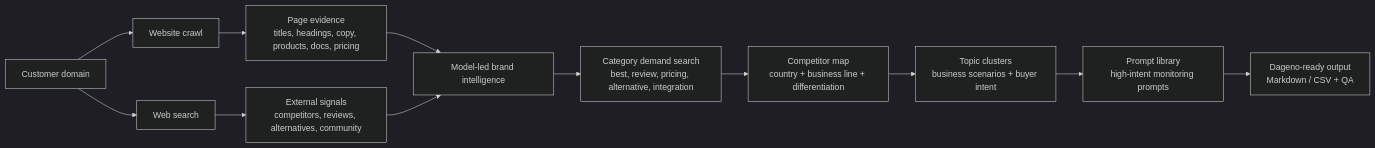
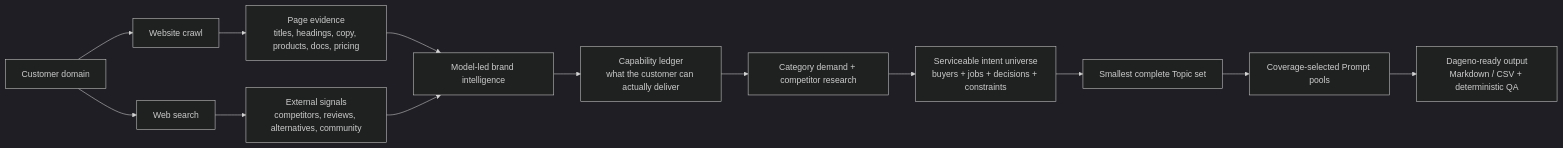
The diagram in README.md (dageno-agents/dageno-online-topic-prompt-generator), drawn with Mermaid (dark theme) before and after one commit. The commit also changed other lines of this file and 15 other files, not shown here.

Commit message:
Rebuild topic generation around serviceable intent coverage

````diff
--- a/README.md
+++ b/README.md
@@ -70,14 +70,15 @@
 ```mermaid
 flowchart LR
   A["Customer domain"] --> B["Website crawl"]
   B --> C["Page evidence<br/>titles, headings, copy, products, docs, pricing"]
   A --> D["Web search"]
   D --> E["External signals<br/>competitors, reviews, alternatives, community"]
   C --> F["Model-led brand intelligence"]
   E --> F
-  F --> G["Category demand search<br/>best, review, pricing, alternative, integration"]
-  G --> H["Competitor map<br/>country + business line + differentiation"]
-  H --> I["Topic clusters<br/>business scenarios + buyer intent"]
-  I --> J["Prompt library<br/>high-intent monitoring prompts"]
-  J --> K["Dageno-ready output<br/>Markdown / CSV + QA"]
+  F --> G["Capability ledger<br/>what the customer can actually deliver"]
+  G --> H["Category demand + competitor research"]
+  H --> I["Serviceable intent universe<br/>buyers + jobs + decisions + constraints"]
+  I --> J["Smallest complete Topic set"]
+  J --> K["Coverage-selected Prompt pools"]
+  K --> L["Dageno-ready output<br/>Markdown / CSV + deterministic QA"]
 ```
````
